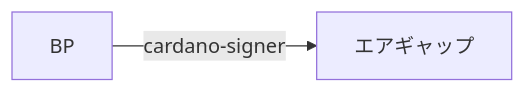
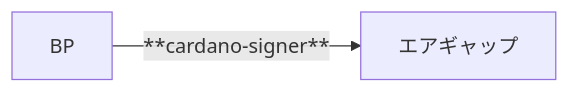
The first of 4 diagrams in docs/cardano/operation/calidus-key-generation.md (btbf/spojapanguild), drawn with Mermaid before and after one commit. The commit also changed other lines of this file, not shown here.

````diff
--- a/docs/cardano/operation/calidus-key-generation.md
+++ b/docs/cardano/operation/calidus-key-generation.md
@@ -42,4 +42,4 @@
     ``` mermaid
     graph LR
-        A[BP] -->|cardano-signer| B[エアギャップ];
+        A[BP] -->|**cardano-signer**| B[エアギャップ];
     ```
````
